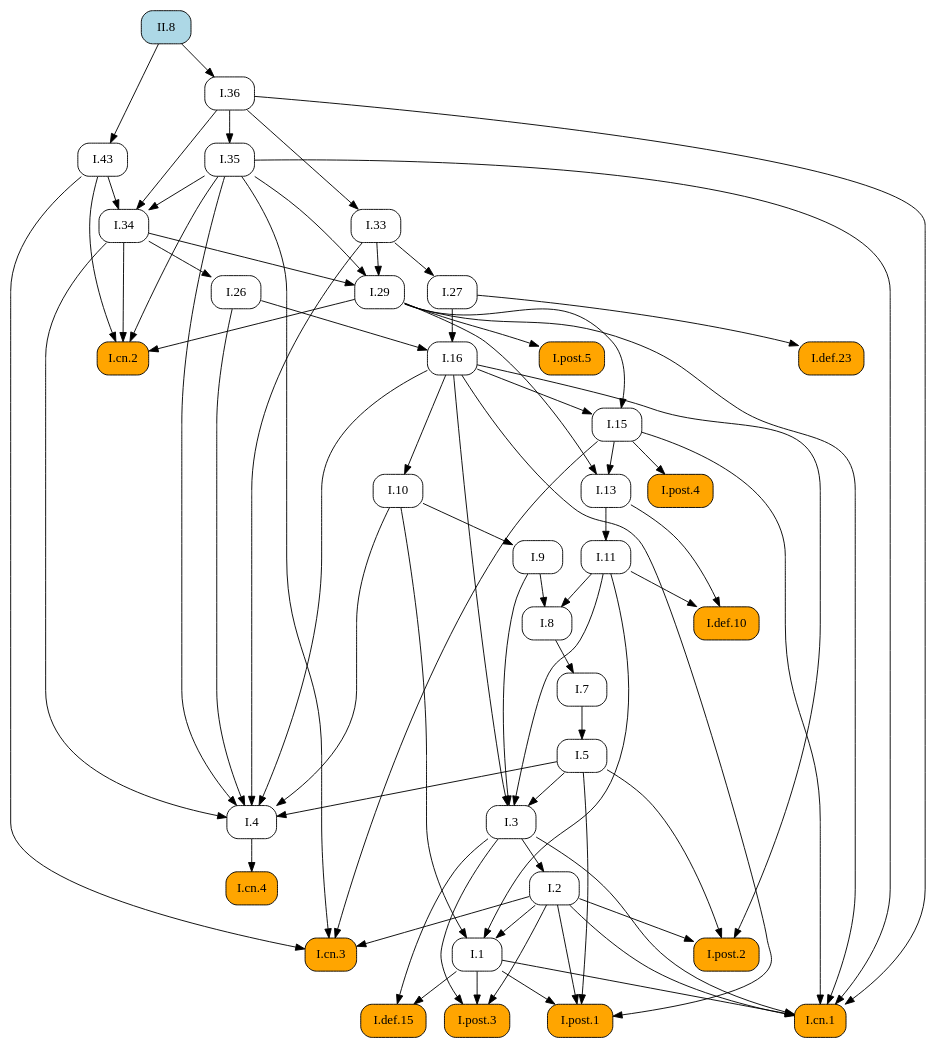
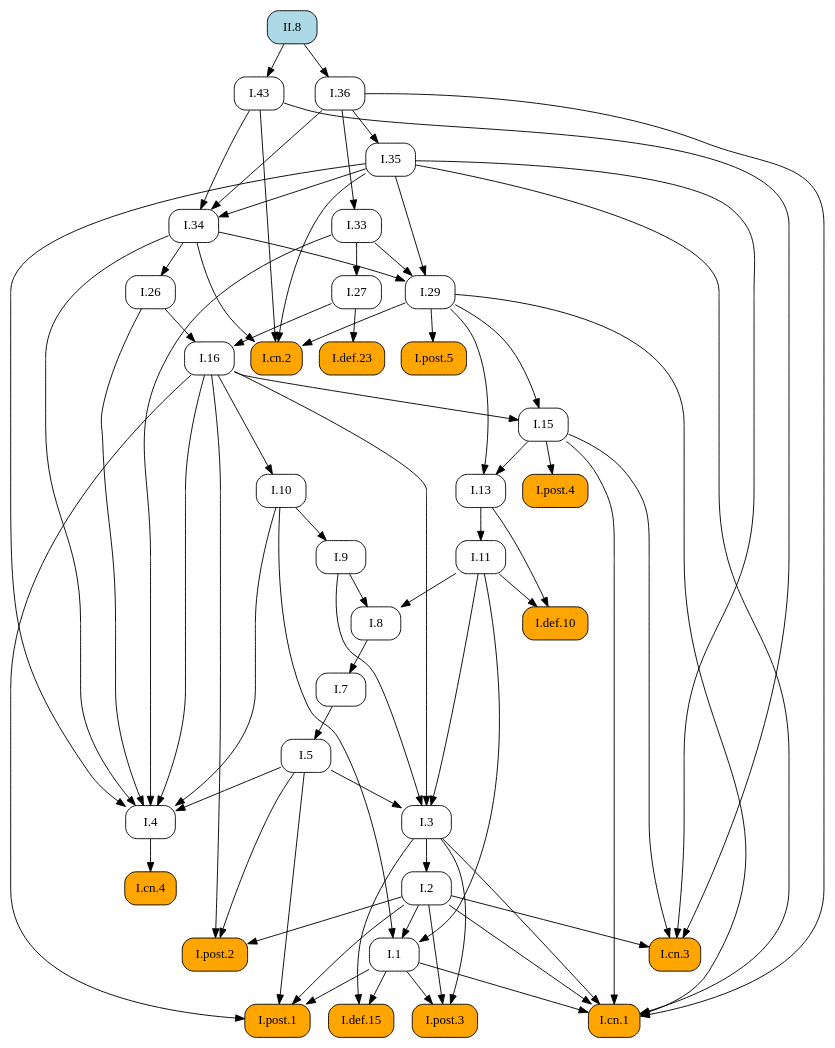
Before and after one commit to geometor/elements: the diagram in docsrc/elements2/II/8/index.rst, drawn with Graphviz. The commit also changed other lines of this file and 409 other files, not shown here.

First line of the commit message:
feat: Add image cropping and graphic extraction script

```diff
--- a/docsrc/elements2/II/8/index.rst
+++ b/docsrc/elements2/II/8/index.rst
@@ -125,79 +125,47 @@
    digraph {
      rankdir="TB";
      node [shape=box, style=rounded];
+     "I.43" [URL="/elements2/I/43/", target="_top"];
      "I.8" [URL="/elements2/I/8/", target="_top"];
+     "I.15" [URL="/elements2/I/15/", target="_top"];
+     "I.5" [URL="/elements2/I/5/", target="_top"];
+     "I.26" [URL="/elements2/I/26/", target="_top"];
+     "I.cn.1" [style="rounded,filled", fillcolor=orange, URL="/elements2/I/cn.1/", target="_top"];
+     "I.7" [URL="/elements2/I/7/", target="_top"];
+     "I.16" [URL="/elements2/I/16/", target="_top"];
+     "I.35" [URL="/elements2/I/35/", target="_top"];
+     "I.34" [URL="/elements2/I/34/", target="_top"];
+     "I.33" [URL="/elements2/I/33/", target="_top"];
+     "II.8" [style="rounded,filled", fillcolor=lightblue, URL="/elements2/II/8/", target="_top"];
+     "I.def.15" [style="rounded,filled", fillcolor=orange, URL="/elements2/I/def.15/", target="_top"];
+     "I.def.10" [style="rounded,filled", fillcolor=orange, URL="/elements2/I/def.10/", target="_top"];
+     "I.def.23" [style="rounded,filled", fillcolor=orange, URL="/elements2/I/def.23/", target="_top"];
+     "I.11" [URL="/elements2/I/11/", target="_top"];
+     "I.post.4" [style="rounded,filled", fillcolor=orange, URL="/elements2/I/post.4/", target="_top"];
+     "I.post.5" [style="rounded,filled", fillcolor=orange, URL="/elements2/I/post.5/", target="_top"];
+     "I.3" [URL="/elements2/I/3/", target="_top"];
+     "I.10" [URL="/elements2/I/10/", target="_top"];
+     "I.cn.3" [style="rounded,filled", fillcolor=orange, URL="/elements2/I/cn.3/", target="_top"];
+     "I.13" [URL="/elements2/I/13/", target="_top"];
+     "I.4" [URL="/elements2/I/4/", target="_top"];
+     "I.post.3" [style="rounded,filled", fillcolor=orange, URL="/elements2/I/post.3/", target="_top"];
+     "I.9" [URL="/elements2/I/9/", target="_top"];
+     "I.29" [URL="/elements2/I/29/", target="_top"];
      "I.36" [URL="/elements2/I/36/", target="_top"];
      "I.post.1" [style="rounded,filled", fillcolor=orange, URL="/elements2/I/post.1/", target="_top"];
-     "I.33" [URL="/elements2/I/33/", target="_top"];
-     "I.5" [URL="/elements2/I/5/", target="_top"];
-     "I.post.5" [style="rounded,filled", fillcolor=orange, URL="/elements2/I/post.5/", target="_top"];
-     "I.def.10" [style="rounded,filled", fillcolor=orange, URL="/elements2/I/def.10/", target="_top"];
-     "I.cn.2" [style="rounded,filled", fillcolor=orange, URL="/elements2/I/cn.2/", target="_top"];
-     "I.def.15" [style="rounded,filled", fillcolor=orange, URL="/elements2/I/def.15/", target="_top"];
-     "I.11" [URL="/elements2/I/11/", target="_top"];
-     "I.43" [URL="/elements2/I/43/", target="_top"];
-     "I.3" [URL="/elements2/I/3/", target="_top"];
-     "I.def.23" [style="rounded,filled", fillcolor=orange, URL="/elements2/I/def.23/", target="_top"];
-     "I.post.2" [style="rounded,filled", fillcolor=orange, URL="/elements2/I/post.2/", target="_top"];
-     "I.26" [URL="/elements2/I/26/", target="_top"];
-     "I.cn.3" [style="rounded,filled", fillcolor=orange, URL="/elements2/I/cn.3/", target="_top"];
-     "I.cn.4" [style="rounded,filled", fillcolor=orange, URL="/elements2/I/cn.4/", target="_top"];
-     "I.1" [URL="/elements2/I/1/", target="_top"];
-     "I.7" [URL="/elements2/I/7/", target="_top"];
-     "I.9" [URL="/elements2/I/9/", target="_top"];
-     "II.8" [style="rounded,filled", fillcolor=lightblue, URL="/elements2/II/8/", target="_top"];
-     "I.cn.1" [style="rounded,filled", fillcolor=orange, URL="/elements2/I/cn.1/", target="_top"];
-     "I.29" [URL="/elements2/I/29/", target="_top"];
-     "I.16" [URL="/elements2/I/16/", target="_top"];
-     "I.post.4" [style="rounded,filled", fillcolor=orange, URL="/elements2/I/post.4/", target="_top"];
-     "I.13" [URL="/elements2/I/13/", target="_top"];
-     "I.35" [URL="/elements2/I/35/", target="_top"];
      "I.2" [URL="/elements2/I/2/", target="_top"];
      "I.27" [URL="/elements2/I/27/", target="_top"];
-     "I.4" [URL="/elements2/I/4/", target="_top"];
-     "I.10" [URL="/elements2/I/10/", target="_top"];
-     "I.15" [URL="/elements2/I/15/", target="_top"];
-     "I.34" [URL="/elements2/I/34/", target="_top"];
-     "I.post.3" [style="rounded,filled", fillcolor=orange, URL="/elements2/I/post.3/", target="_top"];
+     "I.cn.4" [style="rounded,filled", fillcolor=orange, URL="/elements2/I/cn.4/", target="_top"];
+     "I.cn.2" [style="rounded,filled", fillcolor=orange, URL="/elements2/I/cn.2/", target="_top"];
+     "I.1" [URL="/elements2/I/1/", target="_top"];
+     "I.post.2" [style="rounded,filled", fillcolor=orange, URL="/elements2/I/post.2/", target="_top"];
+     "II.8" -> "I.43";
      "I.9" -> "I.8";
      "I.11" -> "I.8";
-     "II.8" -> "I.36";
-     "I.1" -> "I.post.1";
-     "I.2" -> "I.post.1";
-     "I.5" -> "I.post.1";
-     "I.16" -> "I.post.1";
-     "I.36" -> "I.33";
+     "I.16" -> "I.15";
+     "I.29" -> "I.15";
      "I.7" -> "I.5";
-     "I.29" -> "I.post.5";
-     "I.11" -> "I.def.10";
-     "I.13" -> "I.def.10";
-     "I.29" -> "I.cn.2";
-     "I.34" -> "I.cn.2";
-     "I.35" -> "I.cn.2";
-     "I.43" -> "I.cn.2";
-     "I.1" -> "I.def.15";
-     "I.3" -> "I.def.15";
-     "I.13" -> "I.11";
-     "II.8" -> "I.43";
-     "I.5" -> "I.3";
-     "I.9" -> "I.3";
-     "I.11" -> "I.3";
-     "I.16" -> "I.3";
-     "I.27" -> "I.def.23";
-     "I.2" -> "I.post.2";
-     "I.5" -> "I.post.2";
-     "I.16" -> "I.post.2";
      "I.34" -> "I.26";
-     "I.2" -> "I.cn.3";
-     "I.15" -> "I.cn.3";
-     "I.35" -> "I.cn.3";
-     "I.43" -> "I.cn.3";
-     "I.4" -> "I.cn.4";
-     "I.2" -> "I.1";
-     "I.10" -> "I.1";
-     "I.11" -> "I.1";
-     "I.8" -> "I.7";
-     "I.10" -> "I.9";
      "I.1" -> "I.cn.1";
      "I.2" -> "I.cn.1";
      "I.3" -> "I.cn.1";
@@ -205,17 +173,33 @@
      "I.29" -> "I.cn.1";
      "I.35" -> "I.cn.1";
      "I.36" -> "I.cn.1";
-     "I.33" -> "I.29";
-     "I.34" -> "I.29";
-     "I.35" -> "I.29";
+     "I.8" -> "I.7";
      "I.26" -> "I.16";
      "I.27" -> "I.16";
+     "I.36" -> "I.35";
+     "I.35" -> "I.34";
+     "I.36" -> "I.34";
+     "I.43" -> "I.34";
+     "I.36" -> "I.33";
+     "I.1" -> "I.def.15";
+     "I.3" -> "I.def.15";
+     "I.11" -> "I.def.10";
+     "I.13" -> "I.def.10";
+     "I.27" -> "I.def.23";
+     "I.13" -> "I.11";
      "I.15" -> "I.post.4";
+     "I.29" -> "I.post.5";
+     "I.5" -> "I.3";
+     "I.9" -> "I.3";
+     "I.11" -> "I.3";
+     "I.16" -> "I.3";
+     "I.16" -> "I.10";
+     "I.2" -> "I.cn.3";
+     "I.15" -> "I.cn.3";
+     "I.35" -> "I.cn.3";
+     "I.43" -> "I.cn.3";
      "I.15" -> "I.13";
      "I.29" -> "I.13";
-     "I.36" -> "I.35";
-     "I.3" -> "I.2";
-     "I.33" -> "I.27";
      "I.5" -> "I.4";
      "I.10" -> "I.4";
      "I.16" -> "I.4";
@@ -223,13 +207,29 @@
      "I.33" -> "I.4";
      "I.34" -> "I.4";
      "I.35" -> "I.4";
-     "I.16" -> "I.10";
-     "I.16" -> "I.15";
-     "I.29" -> "I.15";
-     "I.35" -> "I.34";
-     "I.36" -> "I.34";
-     "I.43" -> "I.34";
      "I.1" -> "I.post.3";
      "I.2" -> "I.post.3";
      "I.3" -> "I.post.3";
+     "I.10" -> "I.9";
+     "I.33" -> "I.29";
+     "I.34" -> "I.29";
+     "I.35" -> "I.29";
+     "II.8" -> "I.36";
+     "I.1" -> "I.post.1";
+     "I.2" -> "I.post.1";
+     "I.5" -> "I.post.1";
+     "I.16" -> "I.post.1";
+     "I.3" -> "I.2";
+     "I.33" -> "I.27";
+     "I.4" -> "I.cn.4";
+     "I.29" -> "I.cn.2";
+     "I.34" -> "I.cn.2";
+     "I.35" -> "I.cn.2";
+     "I.43" -> "I.cn.2";
+     "I.2" -> "I.1";
+     "I.10" -> "I.1";
+     "I.11" -> "I.1";
+     "I.2" -> "I.post.2";
+     "I.5" -> "I.post.2";
+     "I.16" -> "I.post.2";
    }
```
